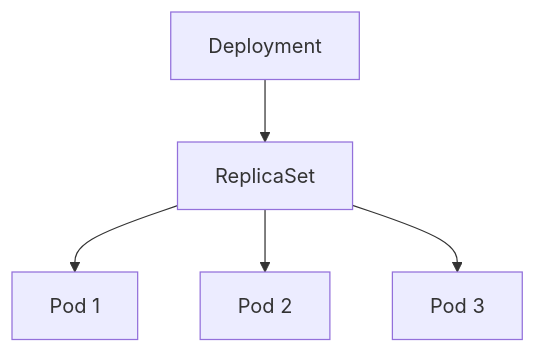
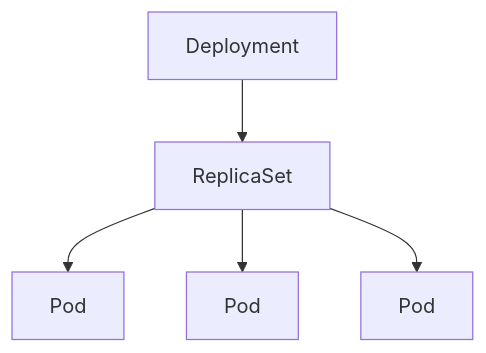
One commit to Aravind-devops-1/devops_ganesh changed the second of 3 diagrams in 03-workload-management/02-deployment-fundamentals/02.01-deployment.md. Above: the diagram before and after it, drawn with Mermaid. The commit also changed other lines of this file, not shown here.

`````diff
--- a/03-workload-management/02-deployment-fundamentals/02.01-deployment.md
+++ b/03-workload-management/02-deployment-fundamentals/02.01-deployment.md
@@ -53,7 +110,7 @@
 ```mermaid
 flowchart TD
     A[Deployment] --> B[ReplicaSet]
-    B --> C[Pod 1]
-    B --> D[Pod 2]
-    B --> E[Pod 3]
-````
+    B --> C[Pod]
+    B --> D[Pod]
+    B --> E[Pod]
+```
`````
